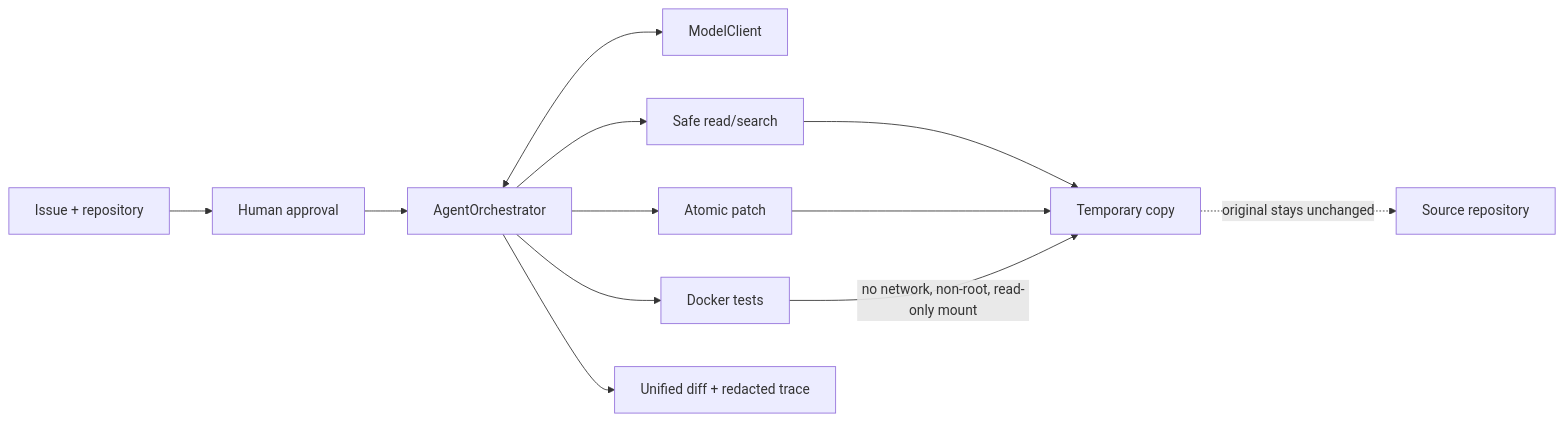
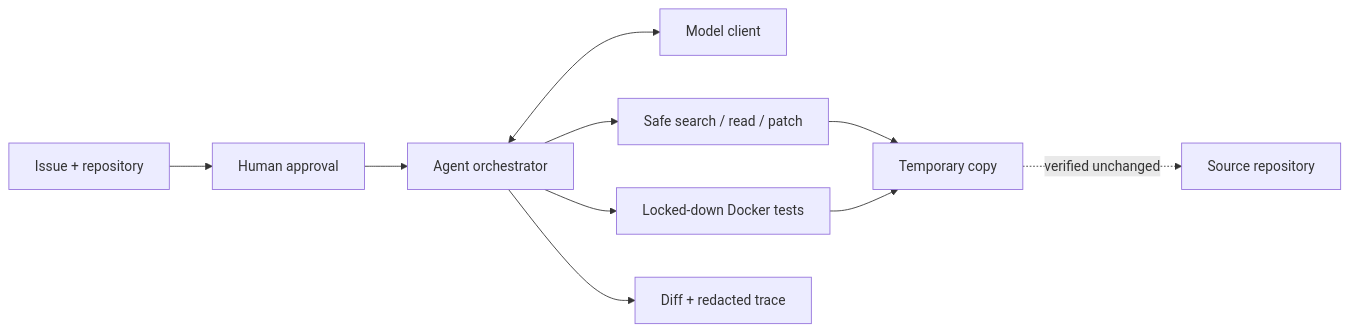
Before and after one commit to pxxxzzzl-arch/RepoPilot: the diagram in README.md, drawn with Mermaid. The commit also changed other lines of this file and 6 other files, not shown here.

````diff
--- a/README.md
+++ b/README.md
@@ -25,14 +76,12 @@
 ```mermaid
 flowchart LR
-    I[Issue + repository] --> H[Human approval]
-    H --> A[AgentOrchestrator]
-    A <--> M[ModelClient]
-    A --> S[Safe read/search]
-    A --> P[Atomic patch]
-    A --> D[Docker tests]
-    S --> W[Temporary copy]
-    P --> W
-    D -->|no network, non-root, read-only mount| W
-    A --> O[Unified diff + redacted trace]
-    W -. original stays unchanged .-> R[Source repository]
+    I[Issue + repository] --> A[Human approval]
+    A --> O[Agent orchestrator]
+    O <--> M[Model client]
+    O --> T[Safe search / read / patch]
+    O --> D[Locked-down Docker tests]
+    T --> W[Temporary copy]
+    D --> W
+    O --> R[Diff + redacted trace]
+    W -. verified unchanged .-> S[Source repository]
 ```
````
